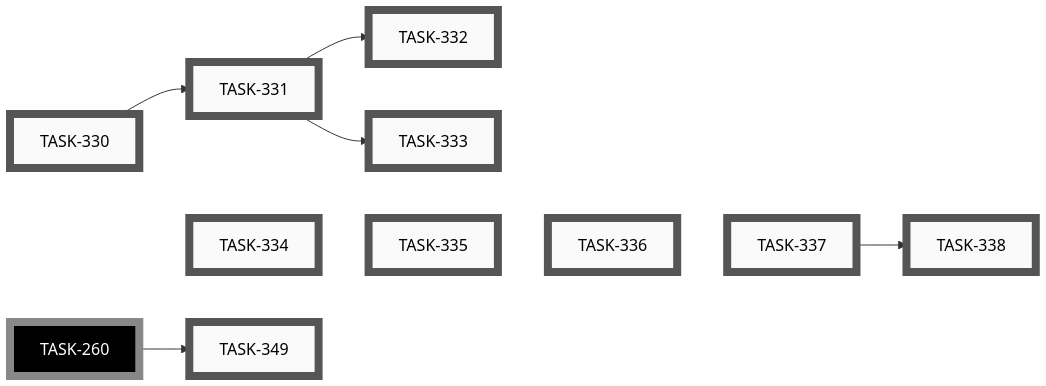
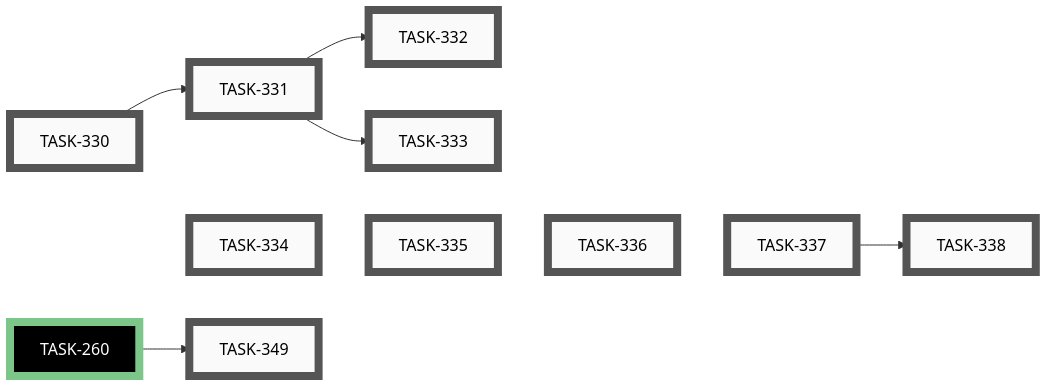
Before and after one commit to tgd1975/AwesomeStudioPedal: the eighth of 10 diagrams in docs/developers/tasks/EPICS.md, drawn with Mermaid. The commit also changed other lines of this file and 11 other files, not shown here.

First line of the commit message:
close TASK-260: unify version numbers across all deliverables

````diff
--- a/docs/developers/tasks/EPICS.md
+++ b/docs/developers/tasks/EPICS.md
@@ -296,39 +296,39 @@
 ```mermaid
 graph LR
     TASK_330["TASK-330"]:::open
     TASK_331["TASK-331"]:::open
     TASK_332["TASK-332"]:::open
     TASK_333["TASK-333"]:::open
     TASK_334["TASK-334"]:::open
     TASK_335["TASK-335"]:::open
     TASK_336["TASK-336"]:::open
     TASK_337["TASK-337"]:::open
     TASK_338["TASK-338"]:::open
     TASK_349["TASK-349"]:::open
-    TASK_260["TASK-260"]:::openExt
+    TASK_260["TASK-260"]:::closedExt
     TASK_330 --> TASK_331
     TASK_331 --> TASK_332
     TASK_331 --> TASK_333
     TASK_337 --> TASK_338
     TASK_260 --> TASK_349
     TASK_330 ~~~ TASK_334 ~~~ TASK_335 ~~~ TASK_336 ~~~ TASK_337
     click TASK_330 "open/task-330-decide-content-page-open-questions.md"
     click TASK_331 "open/task-331-add-info-about-page.md"
     click TASK_332 "open/task-332-add-howto-quickstart-page.md"
     click TASK_333 "open/task-333-add-profiles-troubleshooting-legal-pages.md"
     click TASK_334 "open/task-334-add-startup-splash-screen.md"
     click TASK_335 "open/task-335-add-connection-status-strip-and-details-sheet.md"
     click TASK_336 "open/task-336-add-connected-pedal-page-board-only.md"
     click TASK_337 "open/task-337-firmware-expose-version-config-active-profile.md"
     click TASK_338 "open/task-338-add-hid-display-table-and-live-keystroke-page.md"
     click TASK_349 "open/task-349-display-unified-version-in-mobile-app.md"
-    click TASK_260 "open/task-260-unify-version-numbers-across-deliverables.md"
+    click TASK_260 "closed/task-260-unify-version-numbers-across-deliverables.md"
     classDef open    fill:#FAFAFA,stroke:#555,stroke-width:8px,color:#000
     classDef active  fill:#FAFAFA,stroke:#1A6FA8,stroke-width:8px,color:#000
     classDef closed  fill:#FAFAFA,stroke:#3F8B53,stroke-width:8px,color:#000
     classDef paused  fill:#FAFAFA,stroke:#B07810,stroke-width:8px,color:#000
     classDef openExt    fill:#000,stroke:#888,stroke-width:8px,color:#FFF
     classDef activeExt  fill:#000,stroke:#3FA9F5,stroke-width:8px,color:#FFF
     classDef closedExt  fill:#000,stroke:#7CC68A,stroke-width:8px,color:#FFF
     classDef pausedExt  fill:#000,stroke:#F0B030,stroke-width:8px,color:#FFF
 ```
````
